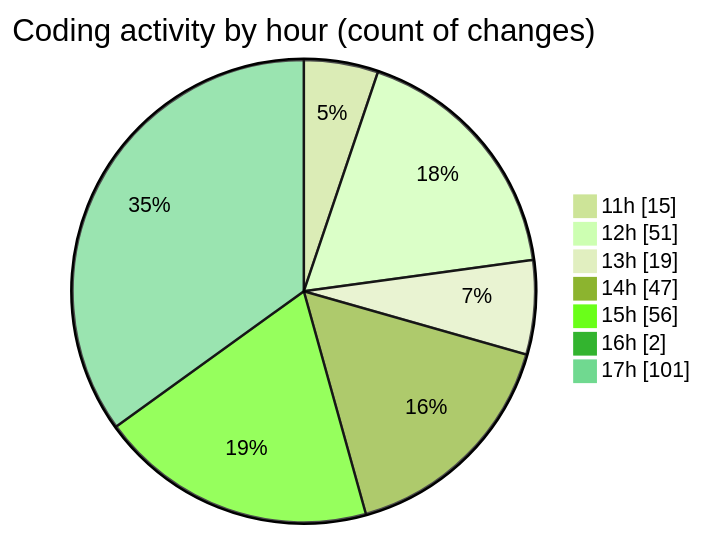
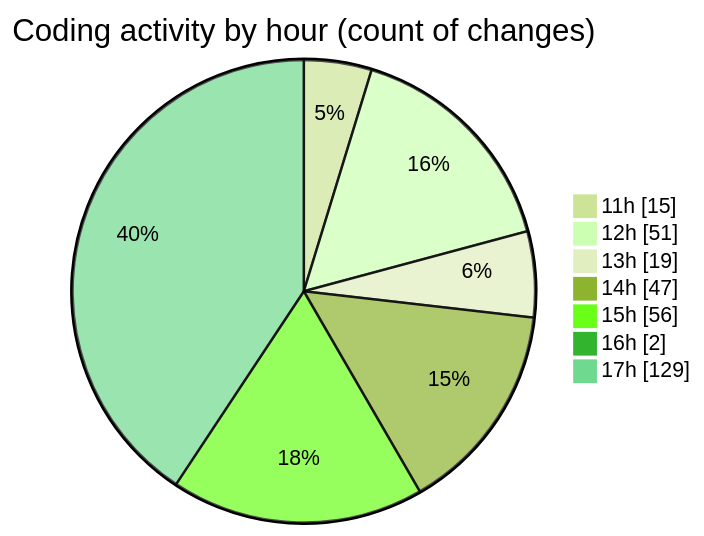
The second of 2 diagrams in 2025-04-15/nxtqube_webapp/README.md (nxtqubesakshisongat/code-tracking), drawn with Mermaid (forest theme) before and after one commit. The commit also changed other lines of this file and 1 other file, not shown here.

````diff
--- a/2025-04-15/nxtqube_webapp/README.md
+++ b/2025-04-15/nxtqube_webapp/README.md
@@ -44,11 +45,11 @@
 ```mermaid
 pie showData
 title Coding activity by hour (count of changes)
 "11h" : 15
 "12h" : 51
 "13h" : 19
 "14h" : 47
 "15h" : 56
 "16h" : 2
-"17h" : 101
+"17h" : 129
 ```
````
